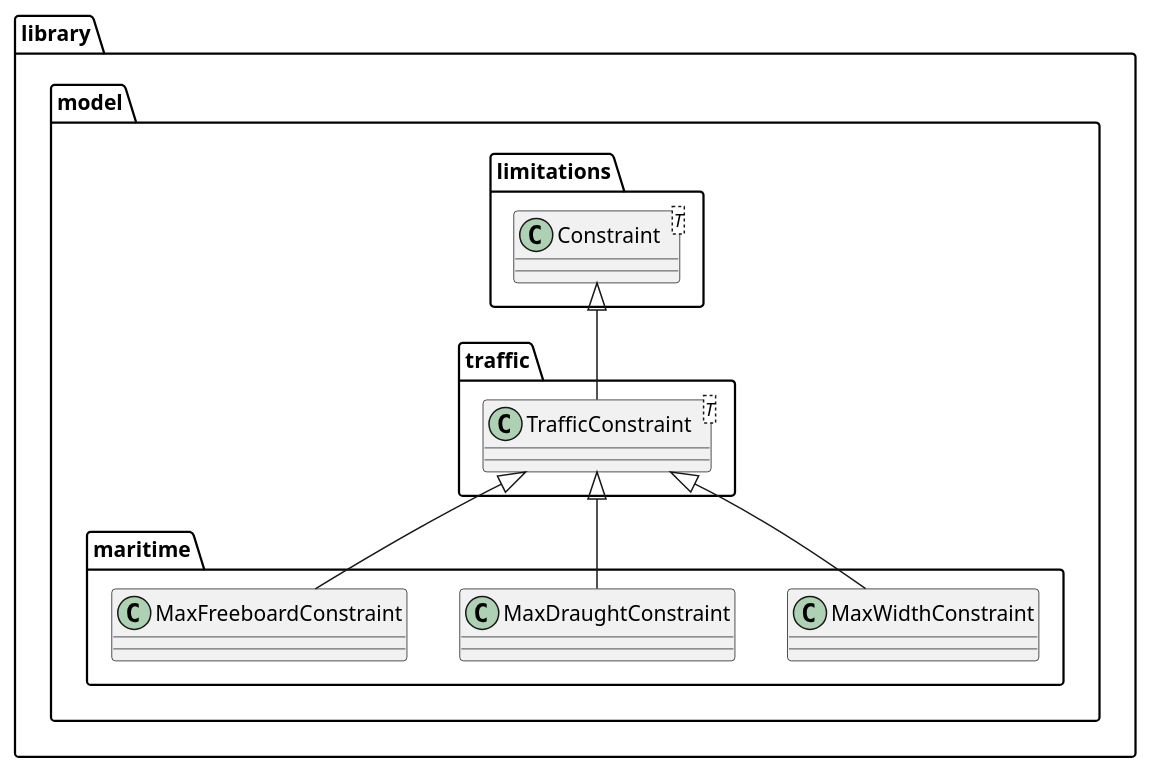
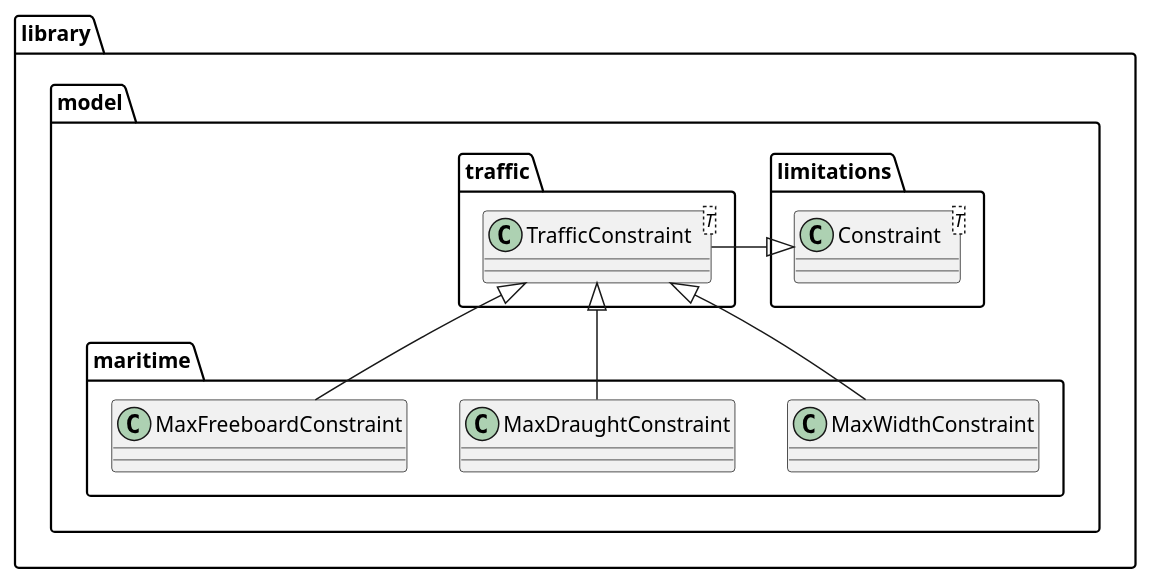
The diagram in uml/F-5.puml (Jannik-Baar/mdtsenv), drawn with PlantUML before and after one commit. The commit also changed 51 other files, not shown here.

```diff
--- a/uml/F-5.puml
+++ b/uml/F-5.puml
@@ -1,32 +1,32 @@
 @startuml
 
 package library.model.limitations {
   class "Constraint<T>" as Constraint {
   }
 }
 
 package library.model.traffic {
   class "TrafficConstraint<T>" as TrafficConstraint {
   }
 }
 
 package library.model.maritime {
 
   class MaxWidthConstraint {
   }
 
   class MaxDraughtConstraint {
   }
 
   class MaxFreeboardConstraint {
   }
 }
 
 ' Beziehungen
-Constraint <|-- TrafficConstraint
+Constraint <|-r- TrafficConstraint
 
 TrafficConstraint <|-- MaxWidthConstraint
 TrafficConstraint <|-- MaxDraughtConstraint
 TrafficConstraint <|-- MaxFreeboardConstraint
 
 @enduml
```
